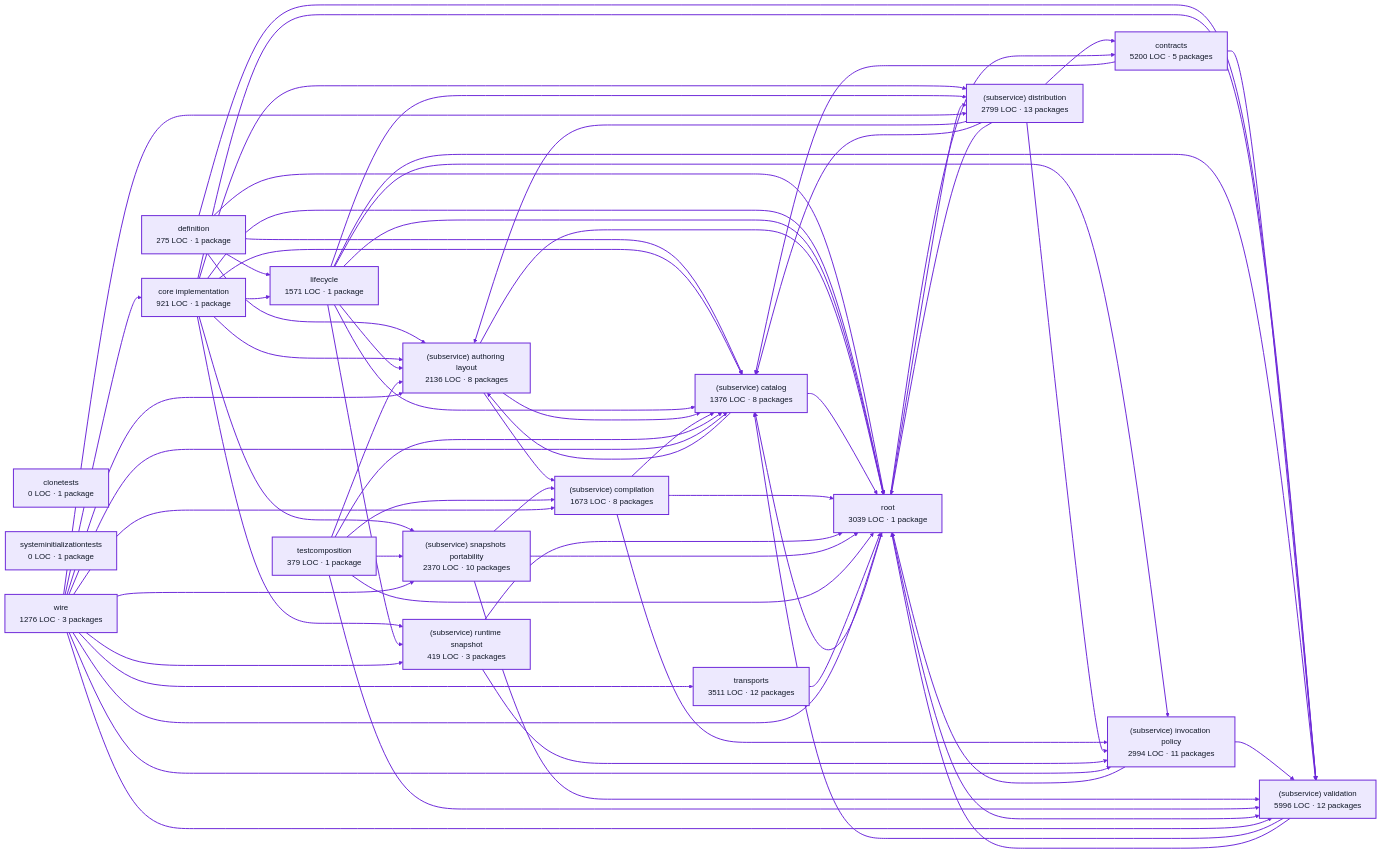
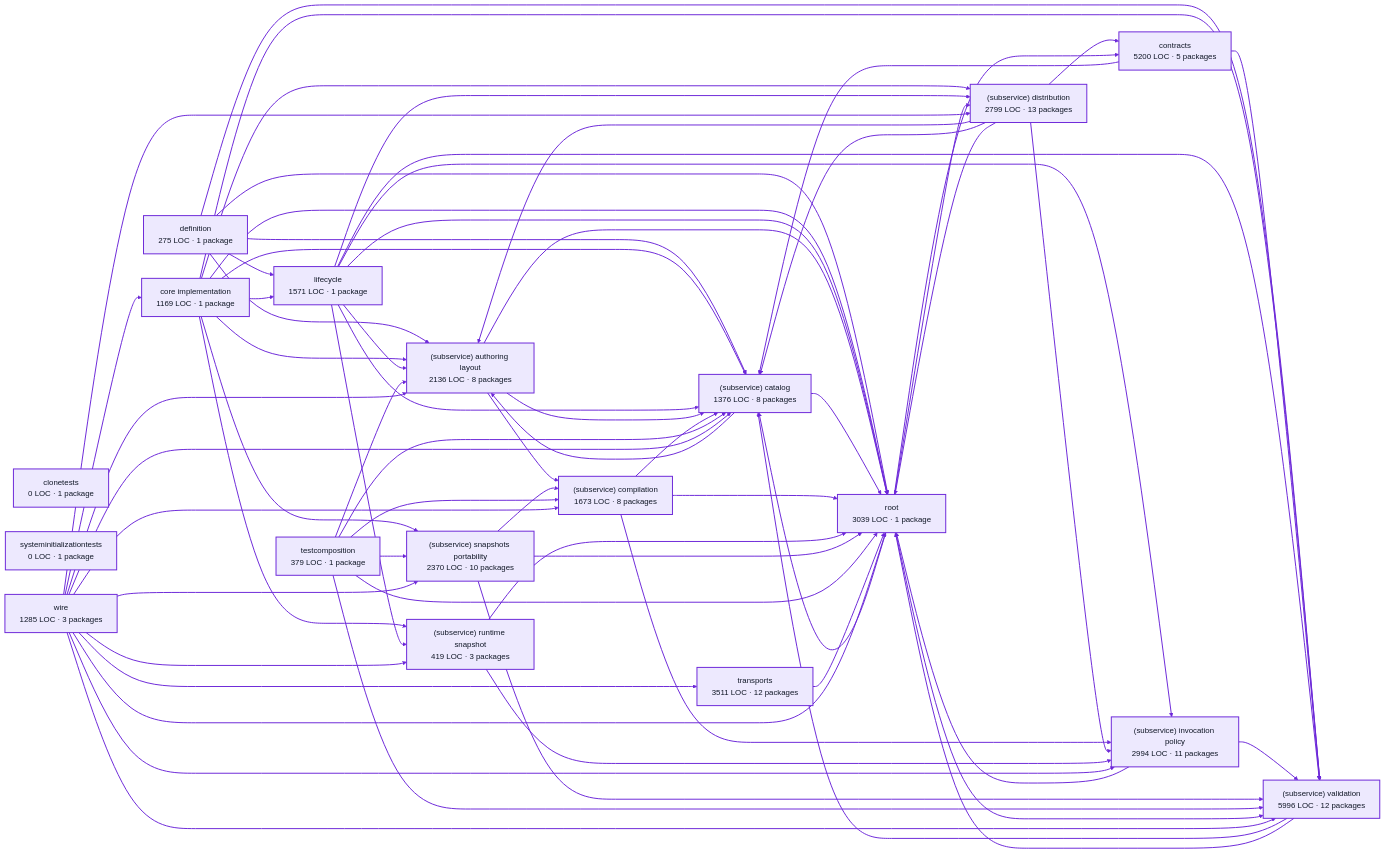
The diagram in docs/architecture/visualizations/services/factory_definitions.md (portpowered/you-agent-factory), drawn with Mermaid before and after one commit. The commit also changed other lines of this file and 20 other files, not shown here.

Commit message:
docs: refresh backend architecture visualizations

```diff
--- a/docs/architecture/visualizations/services/factory_definitions.md
+++ b/docs/architecture/visualizations/services/factory_definitions.md
@@ -12,7 +12,7 @@
 flowchart LR
   p0["clonetests<br/>0 LOC · 1 package"]
   p1["definition<br/>275 LOC · 1 package"]
-  p2["core implementation<br/>921 LOC · 1 package"]
+  p2["core implementation<br/>1169 LOC · 1 package"]
   p3["contracts<br/>5200 LOC · 5 packages"]
   p4["lifecycle<br/>1571 LOC · 1 package"]
   p5["(subservice) authoring layout<br/>2136 LOC · 8 packages"]
@@ -27,7 +27,7 @@
   p14["root<br/>3039 LOC · 1 package"]
   p15["systeminitializationtests<br/>0 LOC · 1 package"]
   p16["transports<br/>3511 LOC · 12 packages"]
-  p17["wire<br/>1276 LOC · 3 packages"]
+  p17["wire<br/>1285 LOC · 3 packages"]
   p1 --> p4
   p1 --> p5
   p1 --> p6
```
